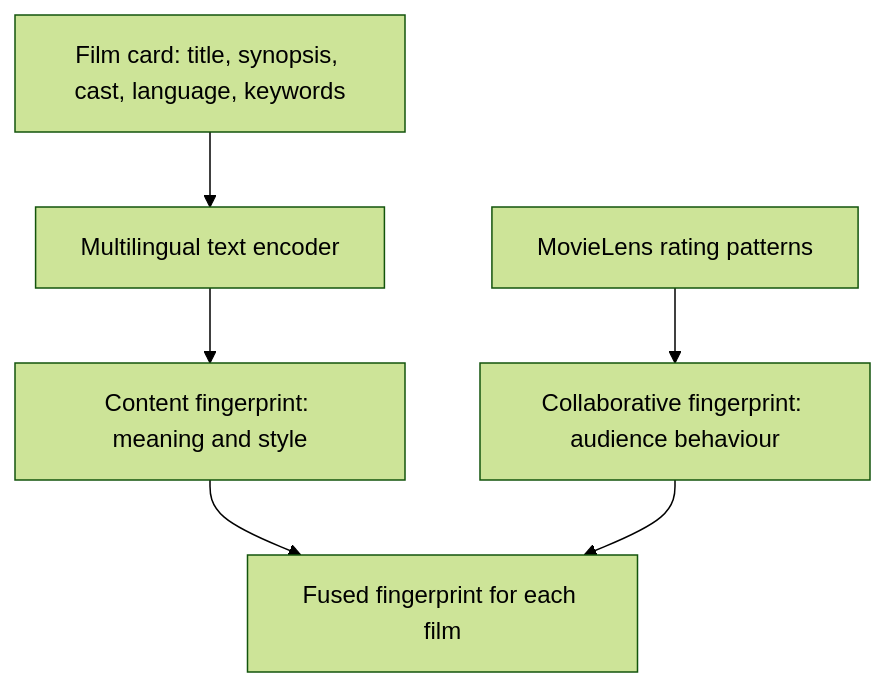
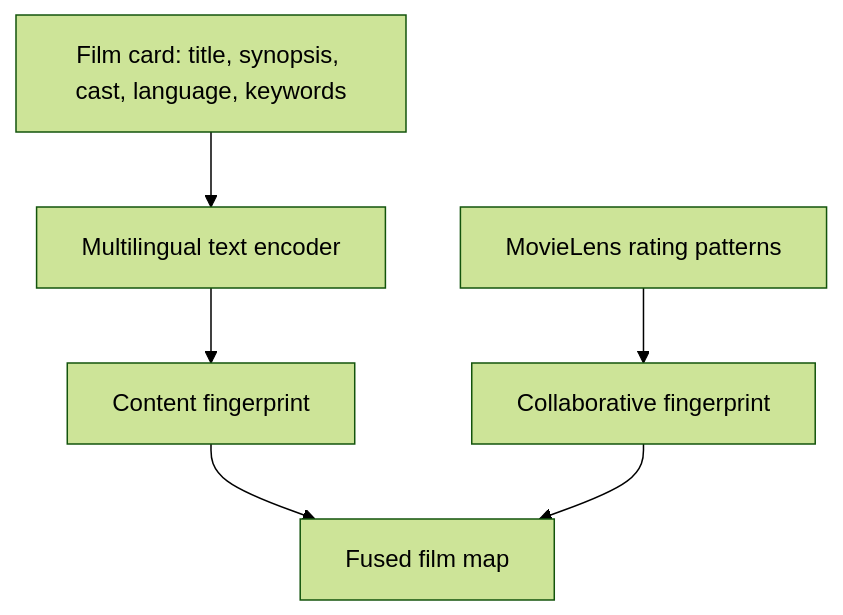
The second of 7 diagrams in docs/HOW_IT_WORKS.md (sarathkumar365/entertainer), drawn with Mermaid (forest theme) before and after one commit. The commit also changed other lines of this file, not shown here.

Commit message:
docs: narrate recommender architecture

````diff
--- a/docs/HOW_IT_WORKS.md
+++ b/docs/HOW_IT_WORKS.md
@@ -133,8 +40,8 @@
-```mermaid
+~~~mermaid
 flowchart TD
     card[Film card: title, synopsis, cast, language, keywords] --> encoder[Multilingual text encoder]
-    encoder --> content[Content fingerprint: meaning and style]
-    ratings[MovieLens rating patterns] --> collaborative[Collaborative fingerprint: audience behaviour]
-    content --> fused[Fused fingerprint for each film]
+    encoder --> content[Content fingerprint]
+    ratings[MovieLens rating patterns] --> collaborative[Collaborative fingerprint]
+    content --> fused[Fused film map]
     collaborative --> fused
-```
+~~~
````
